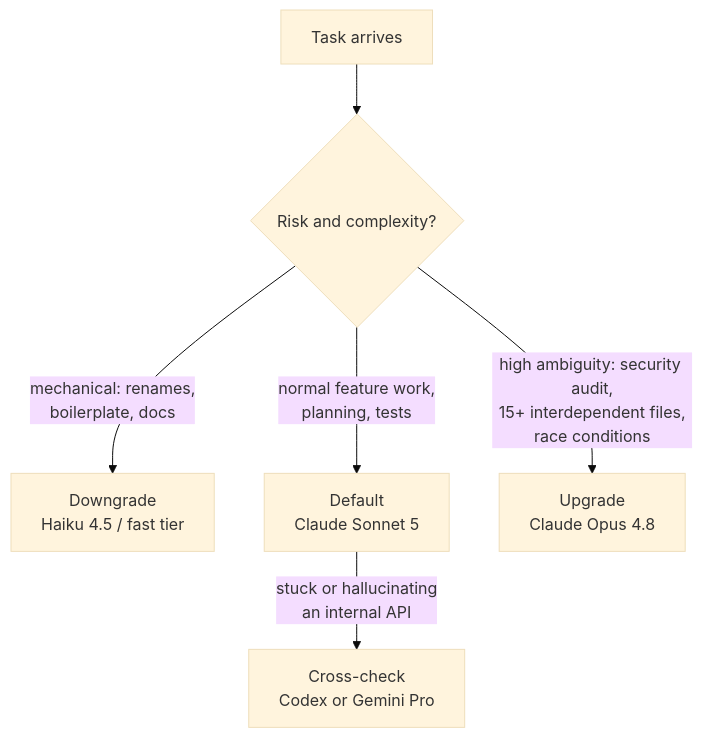
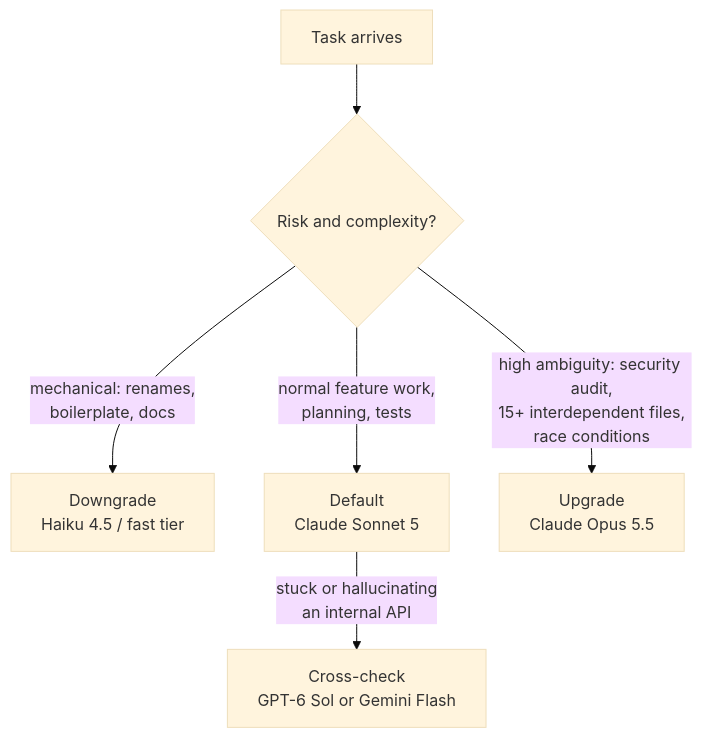
The second of 2 diagrams in src/content/engineering/ai-assisted-coding-playbook.md (riddam/riddam.github.io), drawn with Mermaid (base theme) before and after one commit. The commit also changed other lines of this file and 5 other files, not shown here.

````diff
--- a/src/content/engineering/ai-assisted-coding-playbook.md
+++ b/src/content/engineering/ai-assisted-coding-playbook.md
@@ -134,8 +135,8 @@
 ```mermaid
 flowchart TD
   A["Task arrives"] --> B{"Risk and complexity?"}
   B -->|"mechanical: renames,<br/>boilerplate, docs"| C["Downgrade<br/>Haiku 4.5 / fast tier"]
   B -->|"normal feature work,<br/>planning, tests"| D["Default<br/>Claude Sonnet 5"]
-  B -->|"high ambiguity: security audit,<br/>15+ interdependent files,<br/>race conditions"| E["Upgrade<br/>Claude Opus 4.8"]
-  D -->|"stuck or hallucinating<br/>an internal API"| F["Cross-check<br/>Codex or Gemini Pro"]
+  B -->|"high ambiguity: security audit,<br/>15+ interdependent files,<br/>race conditions"| E["Upgrade<br/>Claude Opus 5.5"]
+  D -->|"stuck or hallucinating<br/>an internal API"| F["Cross-check<br/>GPT-6 Sol or Gemini Flash"]
 ```
````
